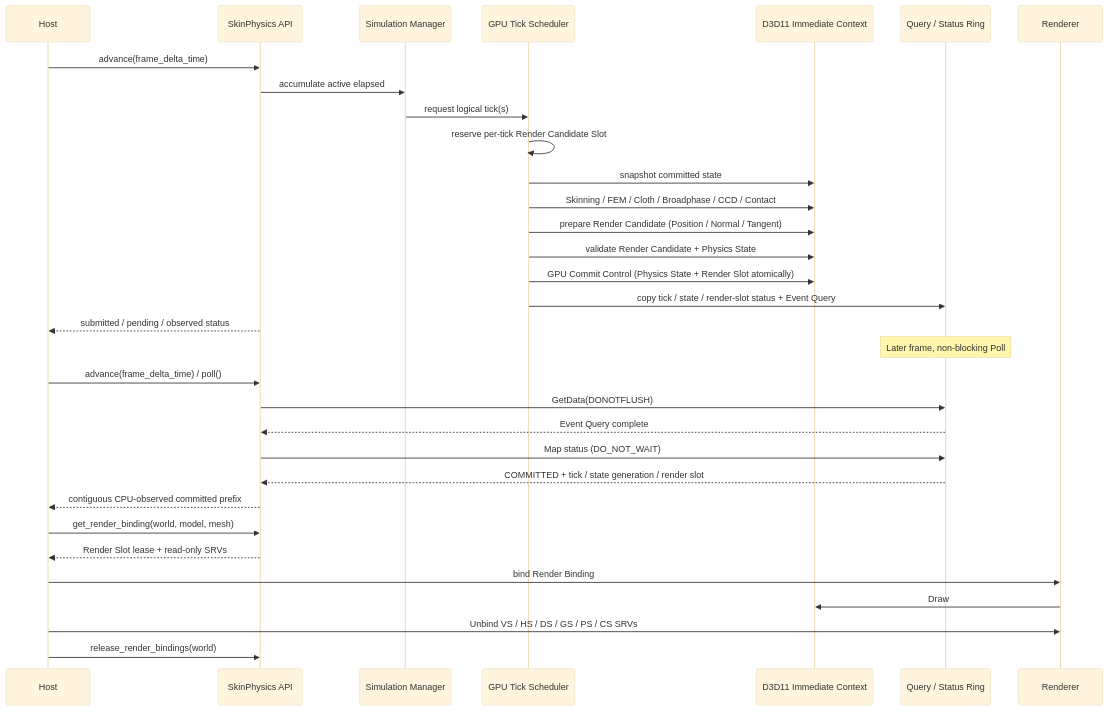
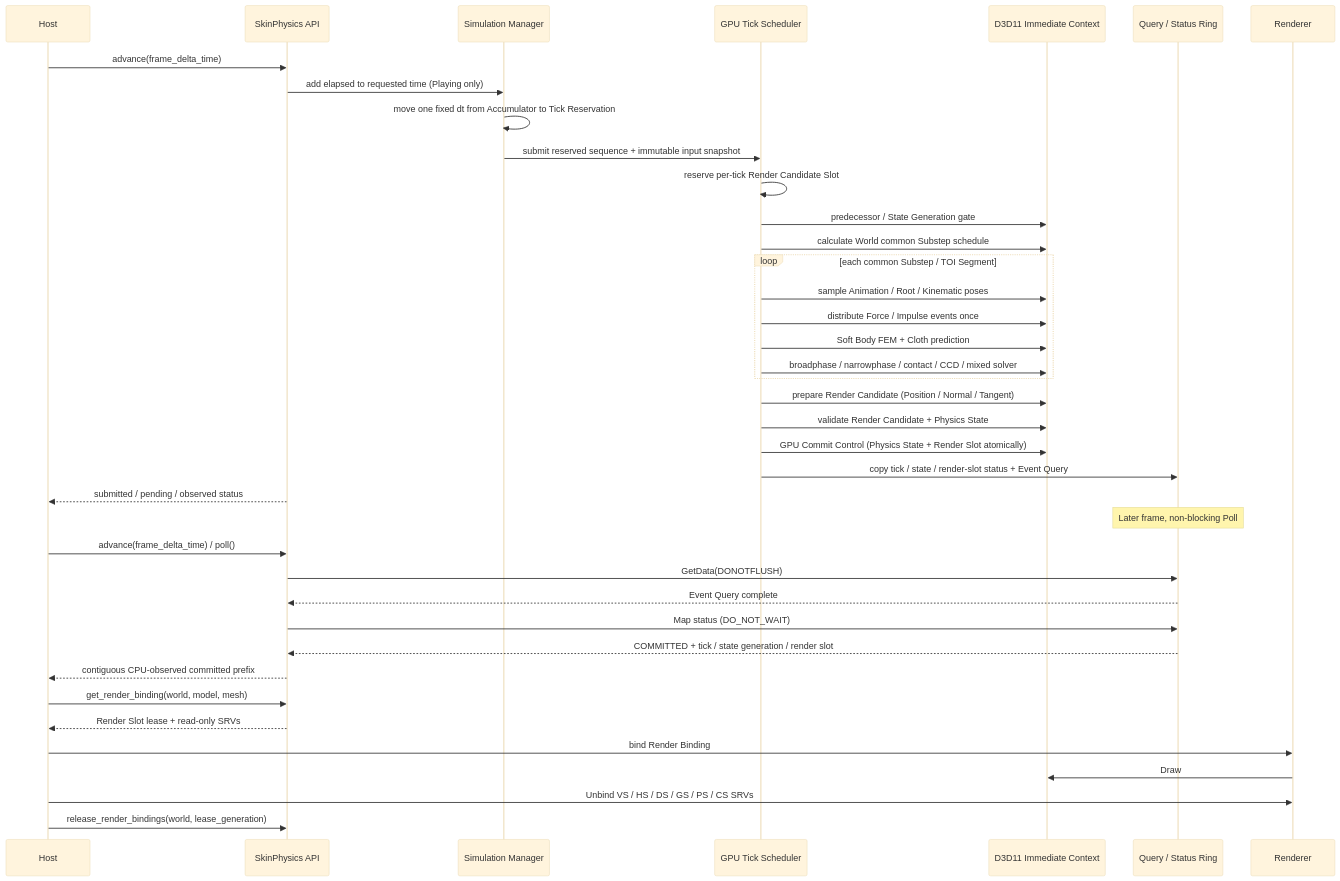
Before and after one commit to bigmoon77/Skin-physics-: the second of 8 diagrams in docs/uml/phase12_gpu_runtime.md, drawn with Mermaid (base theme). The commit also changed other lines of this file, not shown here.

Commit message:
docs: sync runtime UML with reservations and lifecycle

````diff
--- a/docs/uml/phase12_gpu_runtime.md
+++ b/docs/uml/phase12_gpu_runtime.md
@@ -42,35 +42,42 @@
 ```mermaid
 sequenceDiagram
     participant H as Host
     participant API as SkinPhysics API
     participant S as Simulation Manager
     participant G as GPU Tick Scheduler
     participant D as D3D11 Immediate Context
     participant Q as Query / Status Ring
     participant R as Renderer
 
     H->>API: advance(frame_delta_time)
-    API->>S: accumulate active elapsed
-    S->>G: request logical tick(s)
+    API->>S: add elapsed to requested time (Playing only)
+    S->>S: move one fixed dt from Accumulator to Tick Reservation
+    S->>G: submit reserved sequence + immutable input snapshot
     G->>G: reserve per-tick Render Candidate Slot
-    G->>D: snapshot committed state
-    G->>D: Skinning / FEM / Cloth / Broadphase / CCD / Contact
+    G->>D: predecessor / State Generation gate
+    G->>D: calculate World common Substep schedule
+    loop each common Substep / TOI Segment
+        G->>D: sample Animation / Root / Kinematic poses
+        G->>D: distribute Force / Impulse events once
+        G->>D: Soft Body FEM + Cloth prediction
+        G->>D: broadphase / narrowphase / contact / CCD / mixed solver
+    end
     G->>D: prepare Render Candidate (Position / Normal / Tangent)
     G->>D: validate Render Candidate + Physics State
     G->>D: GPU Commit Control (Physics State + Render Slot atomically)
     G->>Q: copy tick / state / render-slot status + Event Query
     API-->>H: submitted / pending / observed status
     Note over Q: Later frame, non-blocking Poll
     H->>API: advance(frame_delta_time) / poll()
     API->>Q: GetData(DONOTFLUSH)
     Q-->>API: Event Query complete
     API->>Q: Map status (DO_NOT_WAIT)
     Q-->>API: COMMITTED + tick / state generation / render slot
     API-->>H: contiguous CPU-observed committed prefix
     H->>API: get_render_binding(world, model, mesh)
     API-->>H: Render Slot lease + read-only SRVs
     H->>R: bind Render Binding
     R->>D: Draw
     H->>R: Unbind VS / HS / DS / GS / PS / CS SRVs
-    H->>API: release_render_bindings(world)
+    H->>API: release_render_bindings(world, lease_generation)
 ```
````
